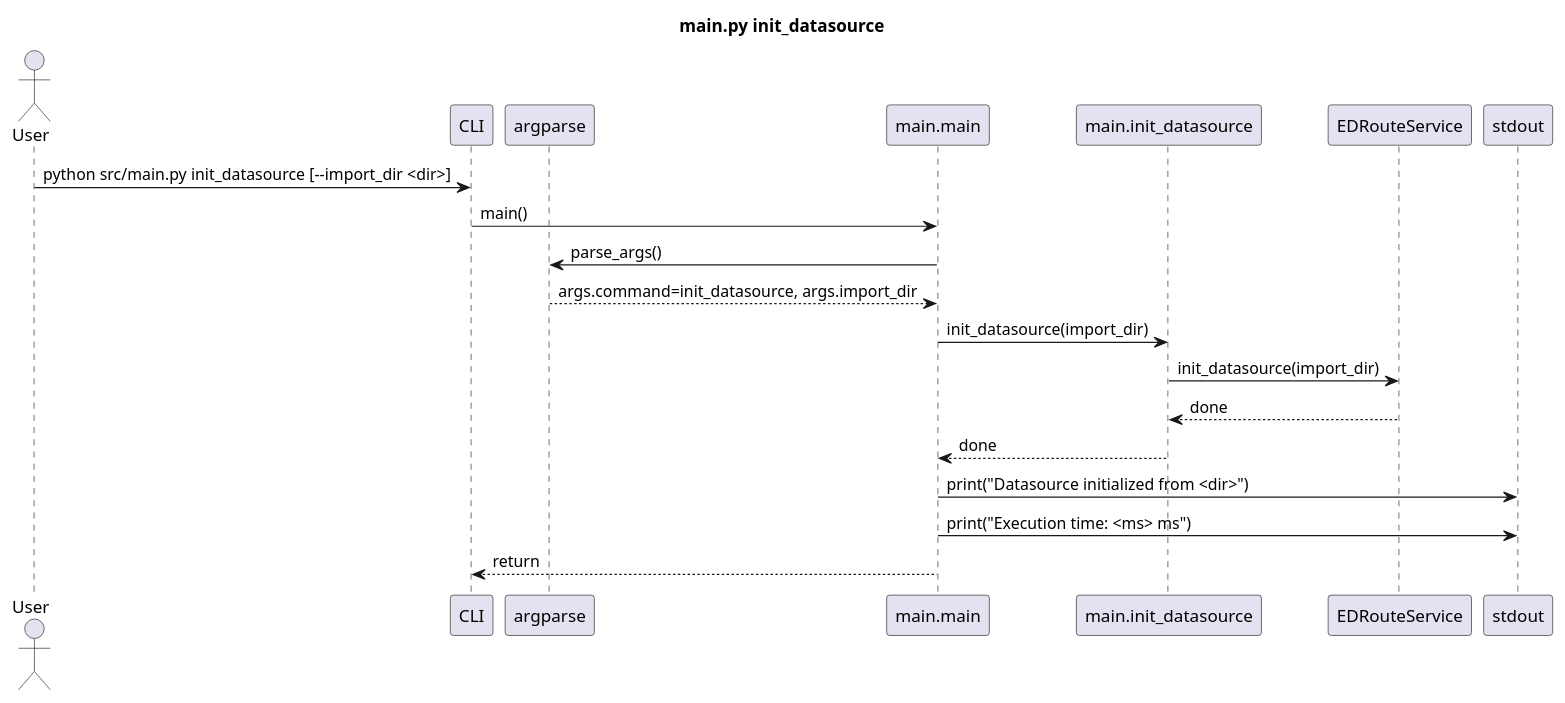
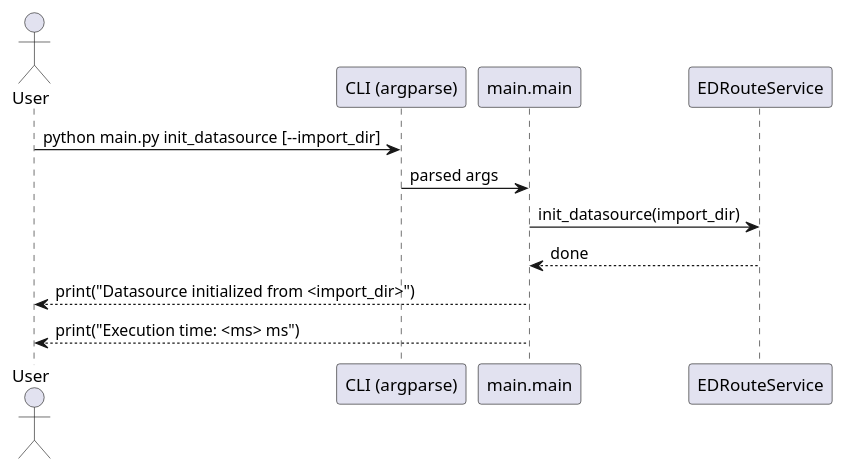
The fifth of 5 diagrams in docs/main_sequences.puml (fazleskhan/elite_dangerous_discord_tools), drawn with PlantUML before and after one commit. The commit also changed other lines of this file and 30 other files, not shown here.

Commit message:
updated code comments, README.md, and sequence diagrams. Added new sequence diagrams for the initialization of EDRouteService in both discord_bot.py and main.py. blacked the source

```diff
--- a/docs/main_sequences.puml
+++ b/docs/main_sequences.puml
@@ -132,23 +84,13 @@
-@startuml Initialize Datasource Sequence Diagram
-title main.py init_datasource
+@startuml init_datasource
+actor User
+participant "CLI (argparse)" as CLI
+participant "main.main" as Main
+participant "EDRouteService" as Route
 
-actor User
-participant "CLI" as CLI
-participant "argparse" as Parser
-participant "main.main" as Main
-participant "main.init_datasource" as InitDS
-participant "EDRouteService" as Service
-participant "stdout" as Out
-
-User -> CLI: python src/main.py init_datasource [--import_dir <dir>]
-CLI -> Main: main()
-Main -> Parser: parse_args()
-Parser --> Main: args.command=init_datasource, args.import_dir
-Main -> InitDS: init_datasource(import_dir)
-InitDS -> Service: init_datasource(import_dir)
-Service --> InitDS: done
-InitDS --> Main: done
-Main -> Out: print("Datasource initialized from <dir>")
-Main -> Out: print("Execution time: <ms> ms")
-Main --> CLI: return
+User -> CLI : python main.py init_datasource [--import_dir]
+CLI -> Main : parsed args
+Main -> Route : init_datasource(import_dir)
+Route --> Main : done
+Main --> User : print("Datasource initialized from <import_dir>")
+Main --> User : print("Execution time: <ms> ms")
 @enduml
```
